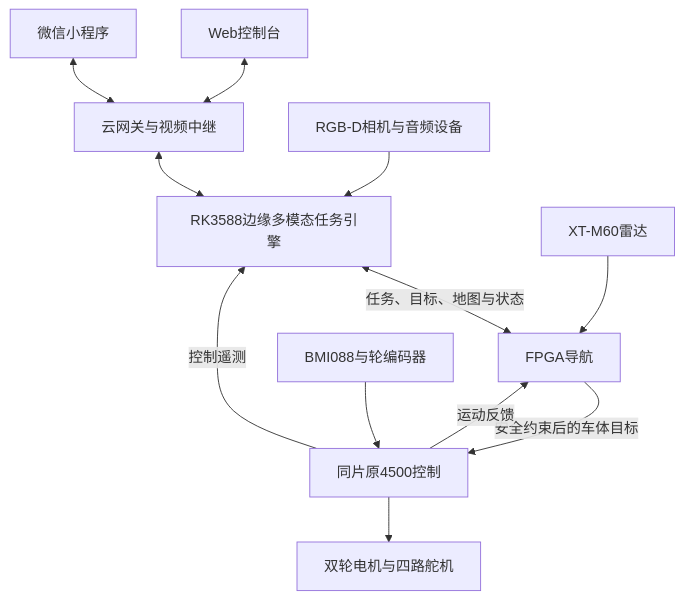
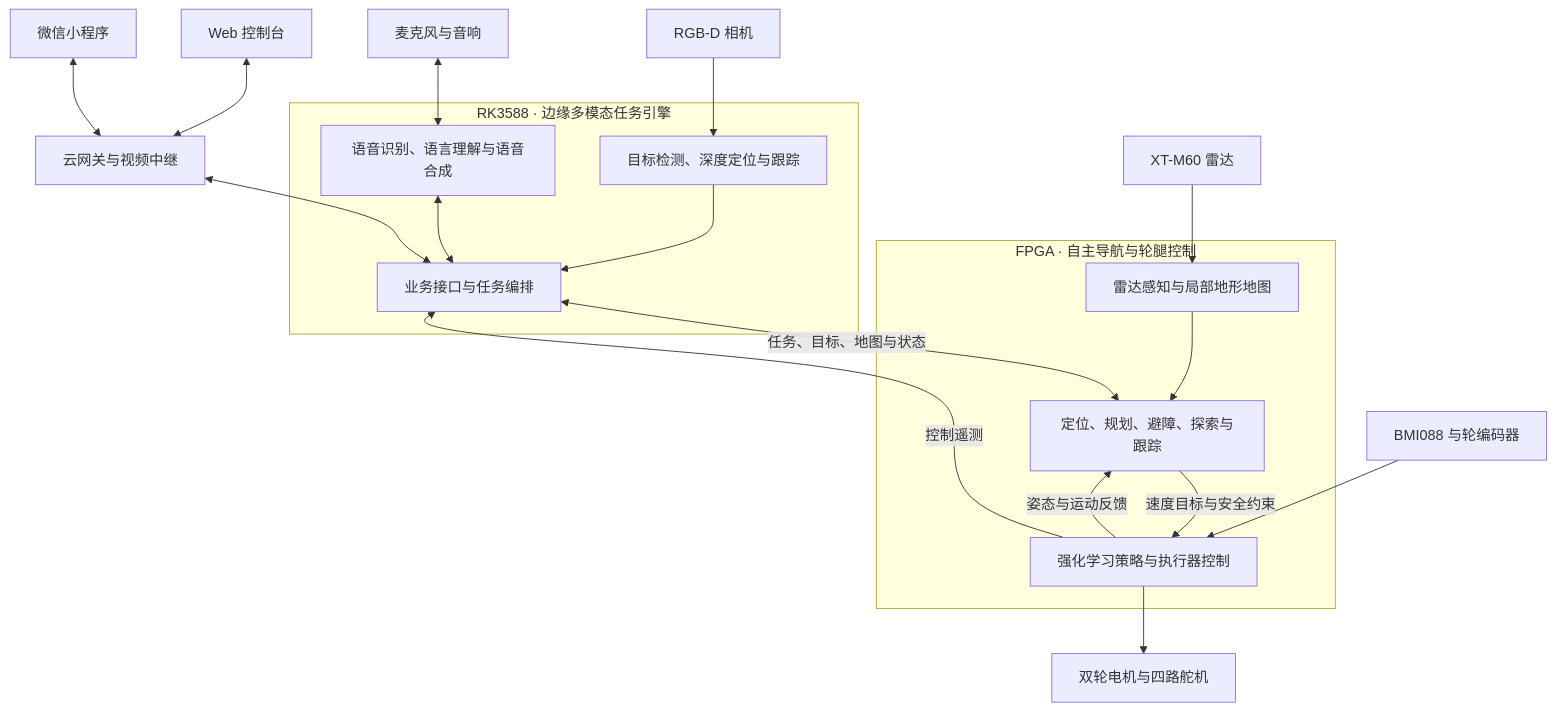
One commit to LRaina215/Yuntuo changed the diagram in README.md. Above: the diagram before and after it, drawn with Mermaid. The commit also changed other lines of this file and 6 other files, not shown here.

````diff
--- a/README.md
+++ b/README.md
@@ -21,14 +32,31 @@
 ```mermaid
 flowchart TB
-    WEB[Web控制台] <--> CLOUD[云网关与视频中继]
-    MINI[微信小程序] <--> CLOUD
-    CLOUD <--> RK[RK3588边缘多模态任务引擎]
-    CAM[RGB-D相机与音频设备] --> RK
-    RK <-->|任务、目标、地图与状态| NAV[FPGA导航]
-    LIDAR[XT-M60雷达] --> NAV
-    NAV -->|安全约束后的车体目标| CTRL[同片原4500控制]
-    IMU[BMI088与轮编码器] --> CTRL
-    CTRL -->|运动反馈| NAV
-    CTRL -->|控制遥测| RK
-    CTRL --> ACT[双轮电机与四路舵机]
+    WEB["Web 控制台"] <--> CLOUD["云网关与视频中继"]
+    MINI["微信小程序"] <--> CLOUD
+
+    subgraph RK["RK3588 · 边缘多模态任务引擎"]
+        API["业务接口与任务编排"]
+        VISION["目标检测、深度定位与跟踪"]
+        LANGUAGE["语音识别、语言理解与语音合成"]
+        VISION --> API
+        LANGUAGE <--> API
+    end
+
+    subgraph FPGA["FPGA · 自主导航与轮腿控制"]
+        MAP["雷达感知与局部地形地图"]
+        NAV["定位、规划、避障、探索与跟踪"]
+        CONTROL["强化学习策略与执行器控制"]
+        MAP --> NAV
+        NAV -->|"速度目标与安全约束"| CONTROL
+        CONTROL -->|"姿态与运动反馈"| NAV
+    end
+
+    CLOUD <--> API
+    API <-->|"任务、目标、地图与状态"| NAV
+    CONTROL -->|"控制遥测"| API
+    CAMERA["RGB-D 相机"] --> VISION
+    AUDIO["麦克风与音响"] <--> LANGUAGE
+    LIDAR["XT-M60 雷达"] --> MAP
+    IMU["BMI088 与轮编码器"] --> CONTROL
+    CONTROL --> ACT["双轮电机与四路舵机"]
 ```
````
